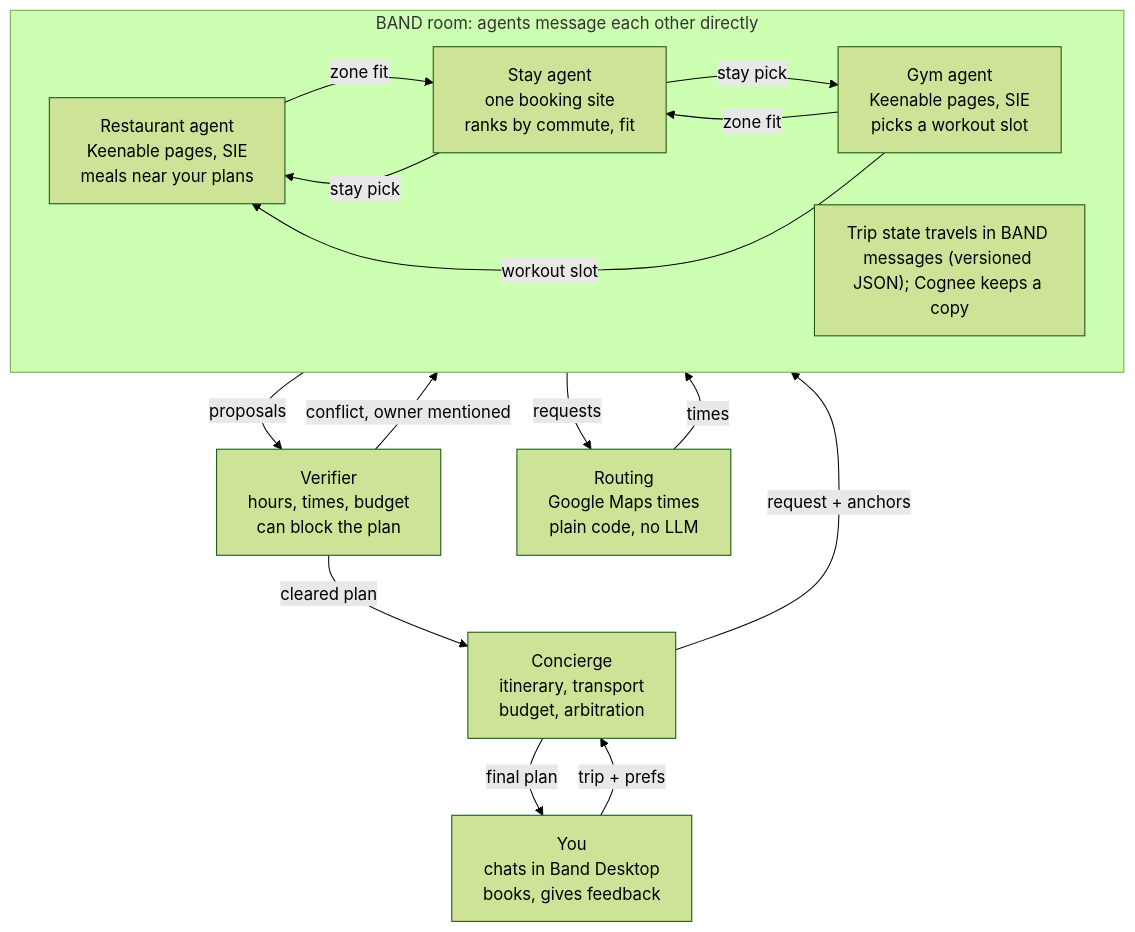
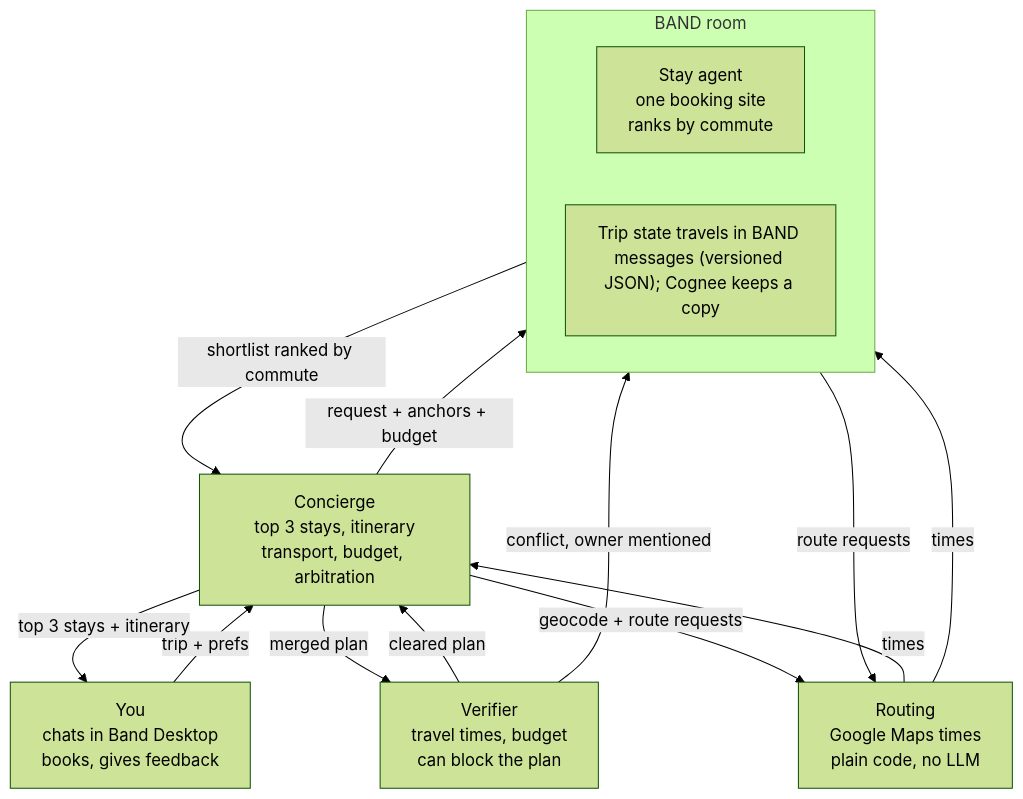
One commit to lavinama/plan-my-stay changed the diagram in docs/PLAN.md. Above: the diagram before and after it, drawn with Mermaid (forest theme). The commit also changed other lines of this file and 4 other files, not shown here.

First line of the commit message:
docs: the Concierge speaks only with the Stay agent, and the plan records what is not built

````diff
--- a/docs/PLAN.md
+++ b/docs/PLAN.md
@@ -65,27 +62,23 @@
 ```mermaid
 flowchart TB
     You["You<br/>chats in Band Desktop<br/>books, gives feedback"]
-    Concierge["Concierge<br/>itinerary, transport<br/>budget, arbitration"]
-    subgraph Room["BAND room: agents message each other directly"]
+    Concierge["Concierge<br/>top 3 stays, itinerary<br/>transport, budget, arbitration"]
+    subgraph Room["BAND room"]
         direction LR
-        Restaurant["Restaurant agent<br/>Keenable pages, SIE<br/>meals near your plans"]
-        Stay["Stay agent<br/>one booking site<br/>ranks by commute, fit"]
-        Gym["Gym agent<br/>Keenable pages, SIE<br/>picks a workout slot"]
+        Stay["Stay agent<br/>one booking site<br/>ranks by commute"]
         State["Trip state travels in BAND messages (versioned JSON); Cognee keeps a copy"]
     end
-    Verifier["Verifier<br/>hours, times, budget<br/>can block the plan"]
+    Verifier["Verifier<br/>travel times, budget<br/>can block the plan"]
     Routing["Routing<br/>Google Maps times<br/>plain code, no LLM"]
     You -->|"trip + prefs"| Concierge
-    Concierge -->|"final plan"| You
-    Concierge -->|"request + anchors"| Room
-    Restaurant -->|"zone fit"| Stay
-    Gym -->|"zone fit"| Stay
-    Stay -->|"stay pick"| Restaurant
-    Stay -->|"stay pick"| Gym
-    Gym -->|"workout slot"| Restaurant
-    Room -->|"proposals"| Verifier
-    Verifier -->|"conflict, owner mentioned"| Room
+    Concierge -->|"top 3 stays + itinerary"| You
+    Concierge -->|"request + anchors + budget"| Stay
+    Stay -->|"shortlist ranked by commute"| Concierge
+    Concierge -->|"merged plan"| Verifier
+    Verifier -->|"conflict, owner mentioned"| Stay
     Verifier -->|"cleared plan"| Concierge
-    Room -->|"requests"| Routing
-    Routing -->|"times"| Room
+    Concierge -->|"geocode + route requests"| Routing
+    Stay -->|"route requests"| Routing
+    Routing -->|"times"| Concierge
+    Routing -->|"times"| Stay
 ```
````
